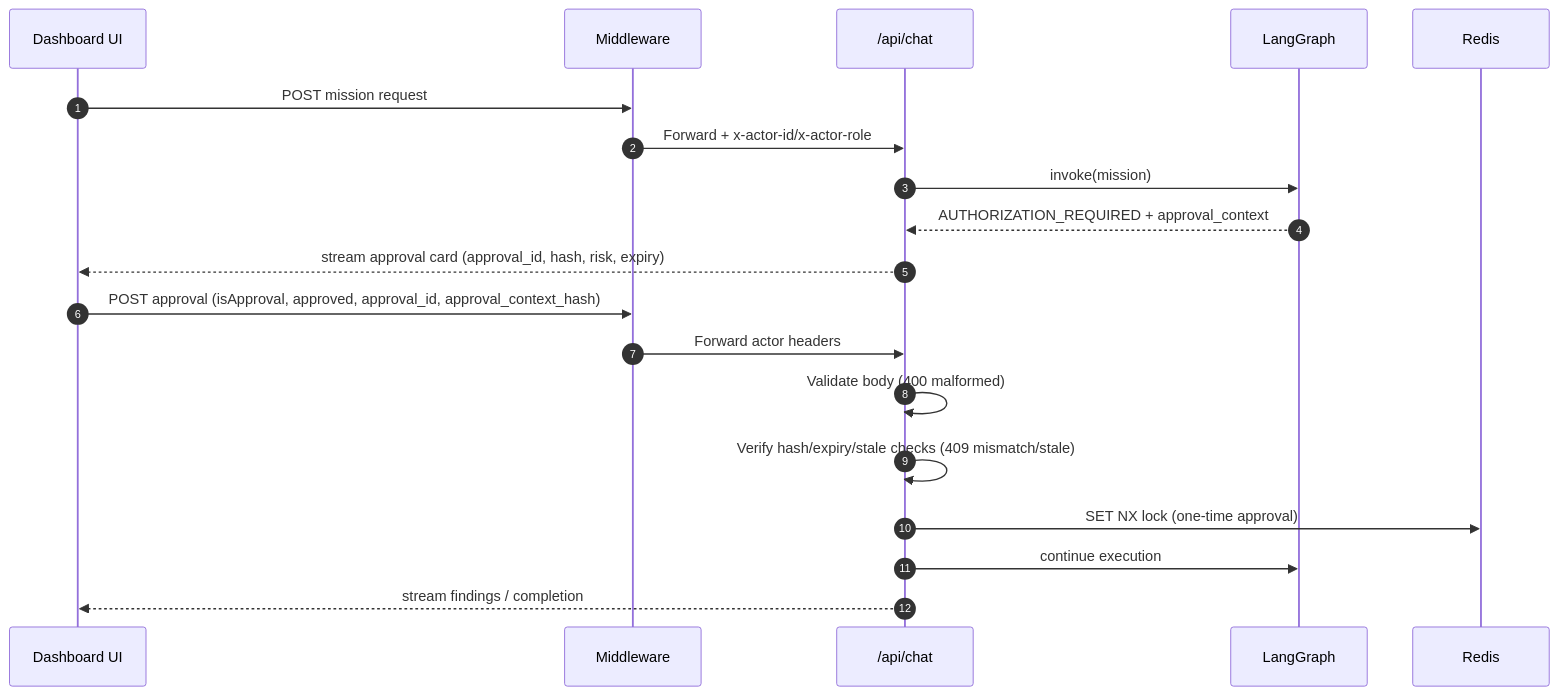
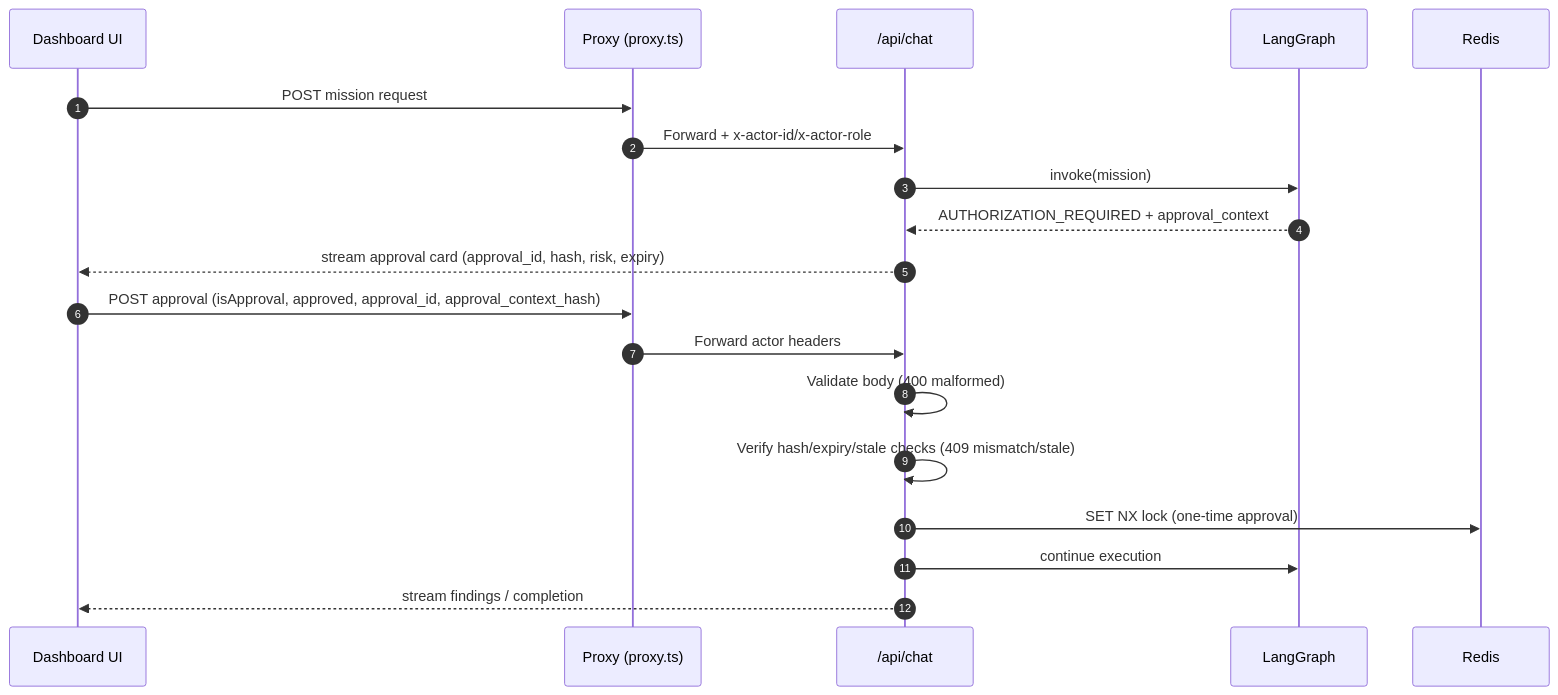
One commit to GeorgianaAI/vanguard-agent changed the first of 3 diagrams in docs/ARCHITECTURE_FLOWS.md. Above: the diagram before and after it, drawn with Mermaid. The commit also changed other lines of this file and 10 other files, not shown here.

````diff
--- a/docs/ARCHITECTURE_FLOWS.md
+++ b/docs/ARCHITECTURE_FLOWS.md
@@ -54,23 +54,23 @@
 ```mermaid
 sequenceDiagram
 autonumber
 participant UI as Dashboard UI
-participant MW as Middleware
+participant MW as Proxy (proxy.ts)
 participant API as /api/chat
 participant G as LangGraph
 participant RS as Redis
 
 UI->>MW: POST mission request
 MW->>API: Forward + x-actor-id/x-actor-role
 API->>G: invoke(mission)
 G-->>API: AUTHORIZATION_REQUIRED + approval_context
 API-->>UI: stream approval card (approval_id, hash, risk, expiry)
 
 UI->>MW: POST approval (isApproval, approved, approval_id, approval_context_hash)
 MW->>API: Forward actor headers
 API->>API: Validate body (400 malformed)
 API->>API: Verify hash/expiry/stale checks (409 mismatch/stale)
 API->>RS: SET NX lock (one-time approval)
 API->>G: continue execution
 API-->>UI: stream findings / completion
 ```
````
